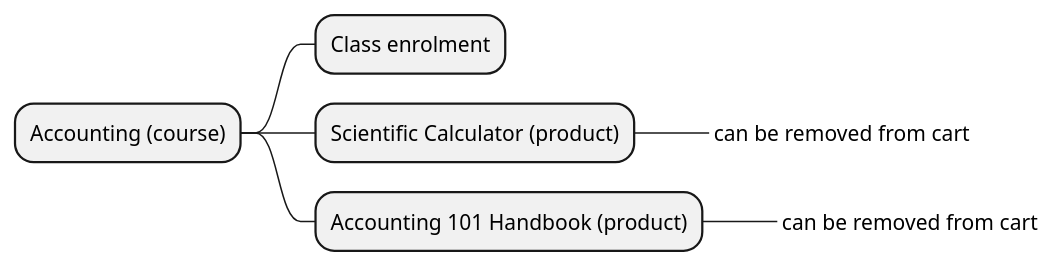
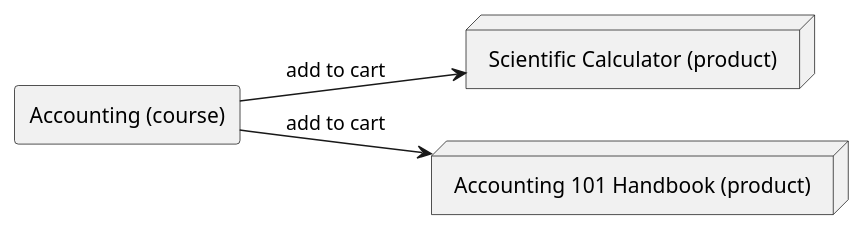
One commit to ishgroup/onCourseDocs changed the sixth of 6 diagrams in manual/src/courseRelationships.adoc. Above: the diagram before and after it, drawn with PlantUML. The commit also changed other lines of this file, not shown here.

Commit message:
Change diagram types to include arrows and more nice syntax.

```diff
--- a/manual/src/courseRelationships.adoc
+++ b/manual/src/courseRelationships.adoc
@@ -165,10 +193,10 @@
 [plantuml]
 ----
-@startmindmap
-* Accounting (course)
-** Class enrolment
-** Scientific Calculator (product)
-***_ can be removed from cart
-** Accounting 101 Handbook (product)
-***_ can be removed from cart
+left to right direction
+rectangle "Accounting (course)" as A
+node "Scientific Calculator (product)" as C
+node "Accounting 101 Handbook (product)" as H
+
+A --> C: add to cart
+A --> H: add to cart
 ----
```
